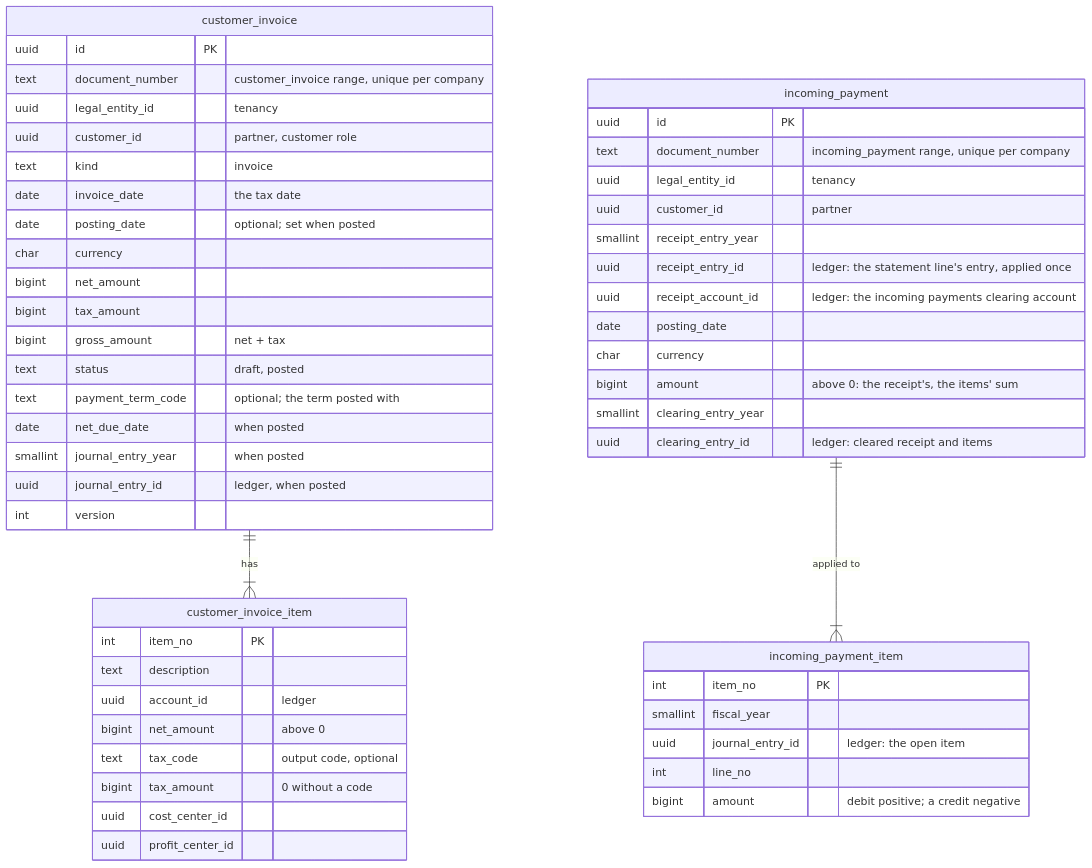
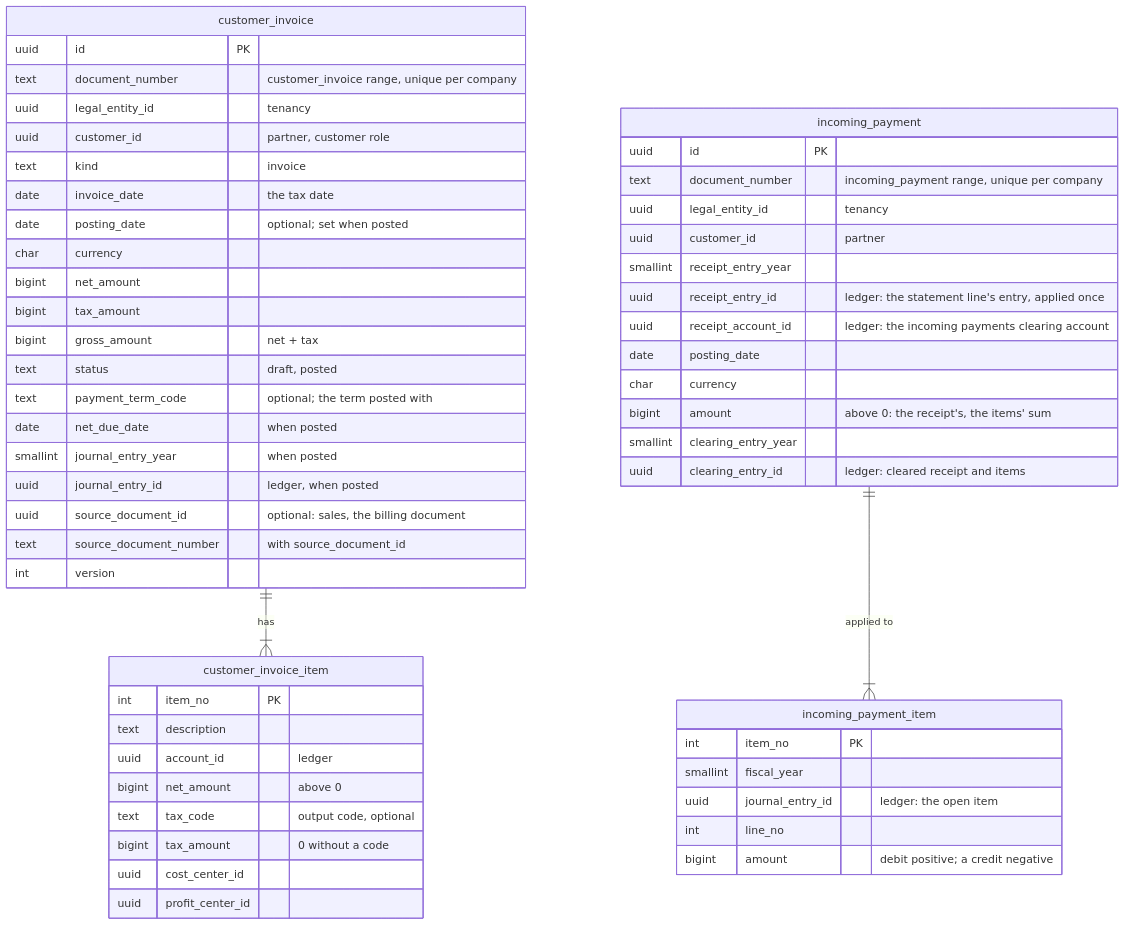
One commit to mustie7iy/agentic-erp changed diagram 14 of 16 in docs/design/03-data-model.md. Above: the diagram before and after it, drawn with Mermaid. The commit also changed other lines of this file and 45 other files, not shown here.

````diff
--- a/docs/design/03-data-model.md
+++ b/docs/design/03-data-model.md
@@ -4057,47 +4057,49 @@
 ```mermaid
 erDiagram
   customer_invoice ||--|{ customer_invoice_item : "has"
   customer_invoice { uuid id PK
     text document_number "customer_invoice range, unique per company"
     uuid legal_entity_id "tenancy"
     uuid customer_id "partner, customer role"
     text kind "invoice"
     date invoice_date "the tax date"
     date posting_date "optional; set when posted"
     char currency
     bigint net_amount
     bigint tax_amount
     bigint gross_amount "net + tax"
     text status "draft, posted"
     text payment_term_code "optional; the term posted with"
     date net_due_date "when posted"
     smallint journal_entry_year "when posted"
     uuid journal_entry_id "ledger, when posted"
+    uuid source_document_id "optional: sales, the billing document"
+    text source_document_number "with source_document_id"
     int version }
   customer_invoice_item { int item_no PK
     text description
     uuid account_id "ledger"
     bigint net_amount "above 0"
     text tax_code "output code, optional"
     bigint tax_amount "0 without a code"
     uuid cost_center_id
     uuid profit_center_id }
   incoming_payment ||--|{ incoming_payment_item : "applied to"
   incoming_payment { uuid id PK
     text document_number "incoming_payment range, unique per company"
     uuid legal_entity_id "tenancy"
     uuid customer_id "partner"
     smallint receipt_entry_year
     uuid receipt_entry_id "ledger: the statement line's entry, applied once"
     uuid receipt_account_id "ledger: the incoming payments clearing account"
     date posting_date
     char currency
     bigint amount "above 0: the receipt's, the items' sum"
     smallint clearing_entry_year
     uuid clearing_entry_id "ledger: cleared receipt and items" }
   incoming_payment_item { int item_no PK
     smallint fiscal_year
     uuid journal_entry_id "ledger: the open item"
     int line_no
     bigint amount "debit positive; a credit negative" }
 ```
````
